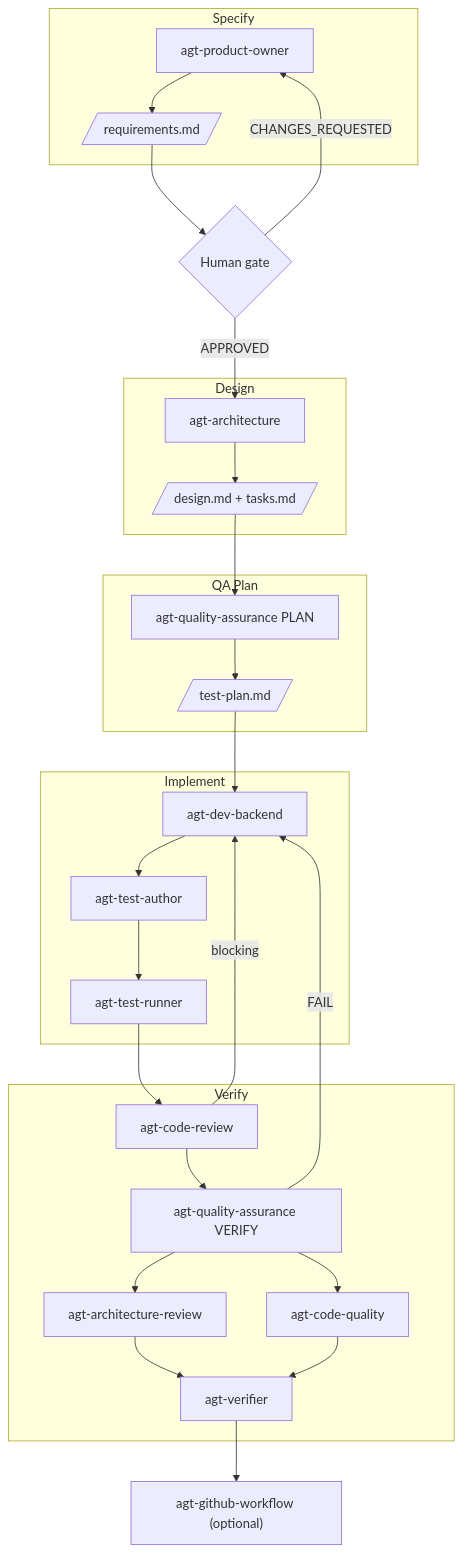
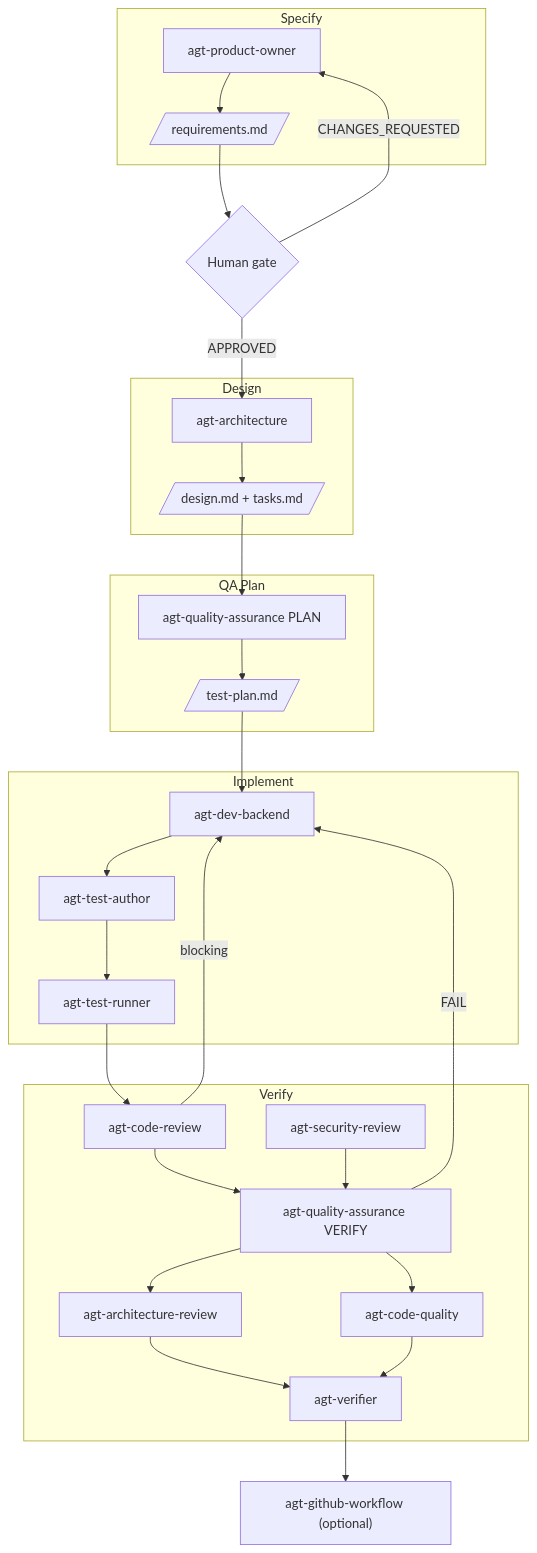
Before and after one commit to beardjs/ai-backend-kit: the third of 5 diagrams in README.md, drawn with Mermaid. The commit also changed other lines of this file and 1 other file, not shown here.

First line of the commit message:
docs: index the security suite and update the changelog

````diff
--- a/README.md
+++ b/README.md
@@ -251,51 +251,53 @@
 ```mermaid
 flowchart TD
   subgraph specify [Specify]
     PO[agt-product-owner]
     Req[/requirements.md/]
     PO --> Req
   end
   Req --> HG{Human gate}
   HG -->|APPROVED| Arch
   HG -->|CHANGES_REQUESTED| PO
 
   subgraph designPhase [Design]
     Arch[agt-architecture]
     DesignDocs[/"design.md + tasks.md"/]
     Arch --> DesignDocs
   end
 
   subgraph planPhase [QA Plan]
     QaP["agt-quality-assurance PLAN"]
     TP[/test-plan.md/]
     QaP --> TP
   end
 
   DesignDocs --> QaP
   TP --> Dev
 
   subgraph implement [Implement]
     Dev[agt-dev-backend]
     TA[agt-test-author]
     TR[agt-test-runner]
     Dev --> TA --> TR
   end
 
   subgraph verify [Verify]
     CR[agt-code-review]
+    SR[agt-security-review]
     QaV["agt-quality-assurance VERIFY"]
     AR[agt-architecture-review]
     CQ[agt-code-quality]
     V[agt-verifier]
     CR --> QaV
+    SR --> QaV
     QaV --> AR
     QaV --> CQ
     AR --> V
     CQ --> V
   end
 
   TR --> CR
   CR -->|blocking| Dev
   QaV -->|FAIL| Dev
   V --> GH["agt-github-workflow (optional)"]
 ```
````
